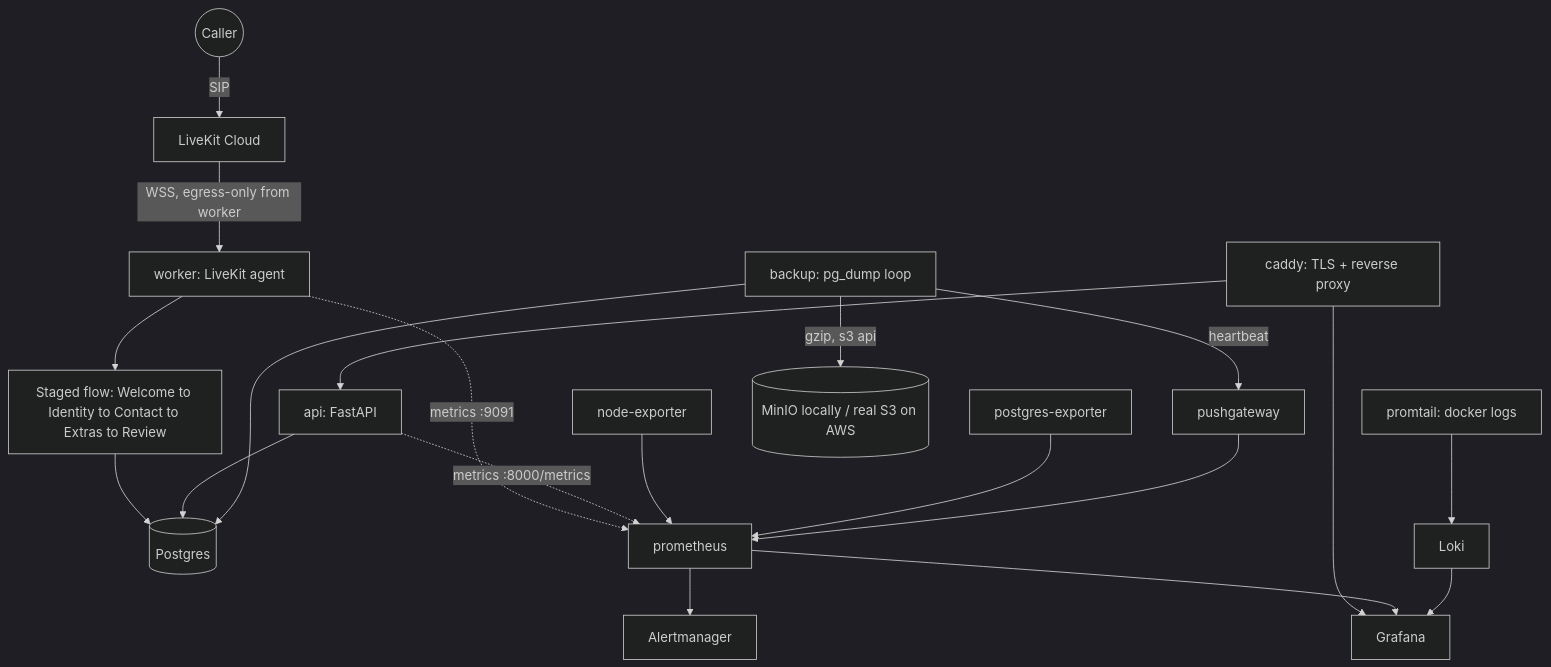
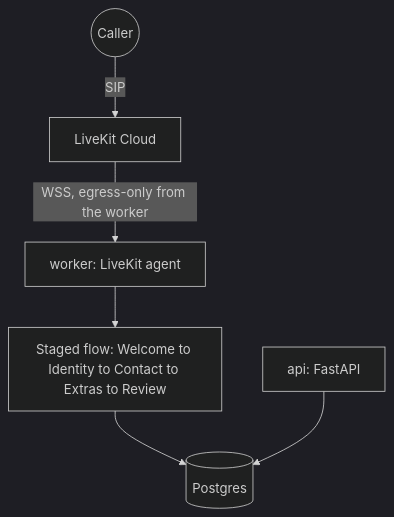
The diagram in README.md (muazarif12/DevOps_Infrastructure_Engineer_Challenge), drawn with Mermaid (dark theme) before and after one commit. The commit also changed other lines of this file and 21 other files, not shown here.

````diff
--- a/README.md
+++ b/README.md
@@ -53,23 +48,8 @@
 ```mermaid
 flowchart TD
   Caller((Caller)) -->|SIP| LKC[LiveKit Cloud]
-  LKC -->|WSS, egress-only from worker| Worker[worker: LiveKit agent]
+  LKC -->|WSS, egress-only from the worker| Worker[worker: LiveKit agent]
   Worker --> Flow[Staged flow: Welcome to Identity to Contact to Extras to Review]
   Flow --> PG[(Postgres)]
   API[api: FastAPI] --> PG
-  Caddy[caddy: TLS + reverse proxy] --> API
-  Caddy --> Grafana
-
-  Worker -. metrics :9091 .-> Prom[prometheus]
-  API -. metrics :8000/metrics .-> Prom
-  NodeExp[node-exporter] --> Prom
-  PgExp[postgres-exporter] --> Prom
-  Prom --> Alertmanager
-  Prom --> Grafana
-  Promtail[promtail: docker logs] --> Loki
-  Loki --> Grafana
-
-  Backup[backup: pg_dump loop] --> PG
-  Backup -->|gzip, s3 api| S3[(MinIO locally / real S3 on AWS)]
-  Backup -->|heartbeat| Pushgw[pushgateway] --> Prom
 ```
````
